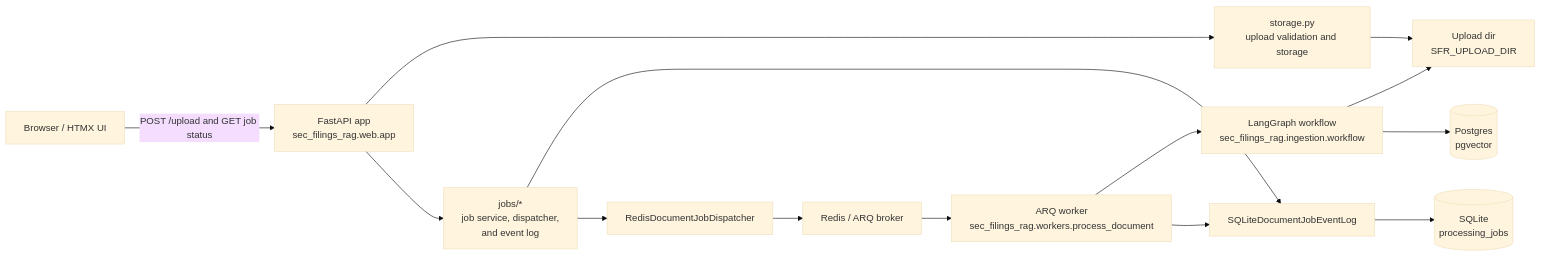
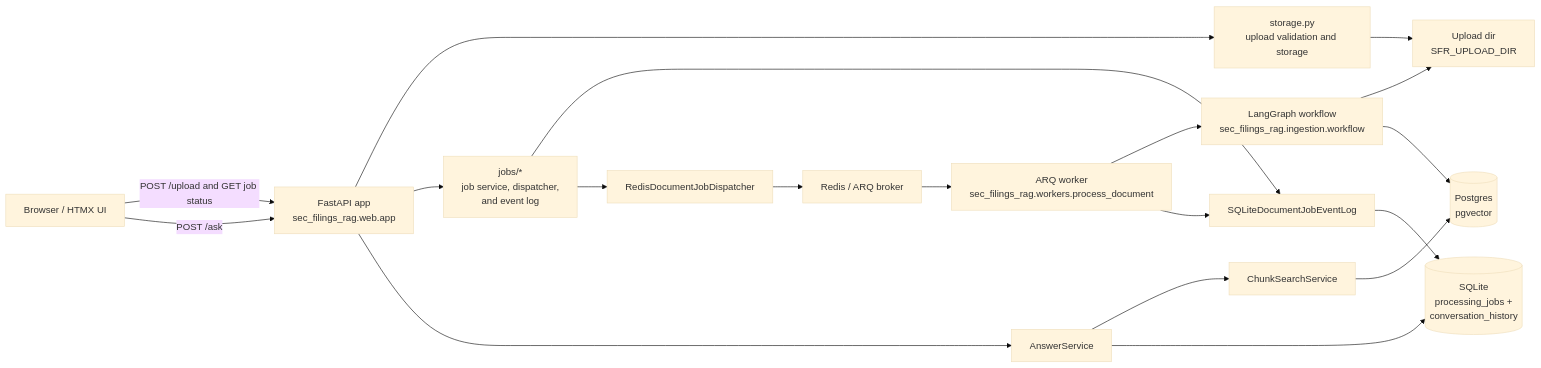
One commit to tjmaynes/financial-statements-rag changed the diagram in AGENTS.md. Above: the diagram before and after it, drawn with Mermaid (base theme). The commit also changed other lines of this file and 17 other files, not shown here.

Commit message:
feat(answers): ship retrieval-backed ask endpoint

````diff
--- a/AGENTS.md
+++ b/AGENTS.md
@@ -61,29 +67,36 @@
 ```mermaid
 flowchart LR
     Browser["Browser / HTMX UI"]
     WebApp["FastAPI app\nsec_filings_rag.web.app"]
+    AnswerService["AnswerService"]
+    Retrieval["ChunkSearchService"]
     StorageModule["storage.py\nupload validation and storage"]
     JobsModule["jobs/*\njob service, dispatcher,\nand event log"]
     Dispatcher["RedisDocumentJobDispatcher"]
     Redis["Redis / ARQ broker"]
     Worker["ARQ worker\nsec_filings_rag.workers.process_document"]
     Workflow["LangGraph workflow\nsec_filings_rag.ingestion.workflow"]
     EventLog["SQLiteDocumentJobEventLog"]
     UploadDir["Upload dir\nSFR_UPLOAD_DIR"]
-    SQLite[(SQLite\nprocessing_jobs)]
+    SQLite[(SQLite\nprocessing_jobs +\nconversation_history)]
     Postgres[(Postgres\npgvector)]
 
     Browser -->|POST /upload and GET job status| WebApp
+    Browser -->|POST /ask| WebApp
     WebApp --> StorageModule
     WebApp --> JobsModule
+    WebApp --> AnswerService
+    AnswerService --> Retrieval
+    AnswerService --> SQLite
+    Retrieval --> Postgres
     StorageModule --> UploadDir
     JobsModule --> EventLog
     JobsModule --> Dispatcher
     Dispatcher --> Redis
     Redis --> Worker
     Worker --> Workflow
     Workflow --> UploadDir
     Workflow --> Postgres
     Worker --> EventLog
     EventLog --> SQLite
 ```
````
